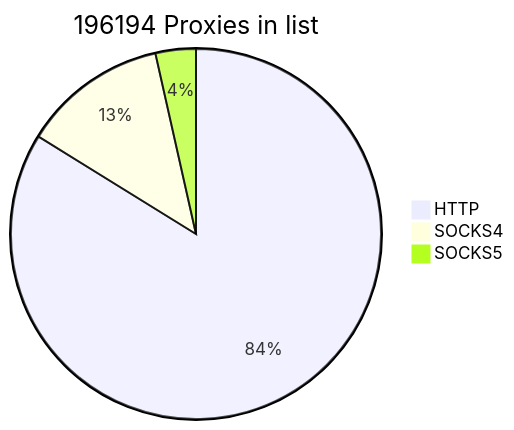
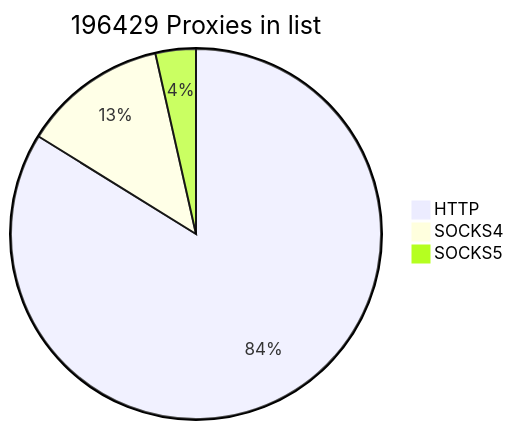
One commit to cutipu/proxylist changed the first of 2 diagrams in README.md. Above: the diagram before and after it, drawn with Mermaid. The commit also changed other lines of this file, not shown here.

````diff
--- a/README.md
+++ b/README.md
@@ -2,7 +2,7 @@
 ```mermaid
-pie title 196194 Proxies in list
-    "HTTP" : 164451
-    "SOCKS4" : 24838
-    "SOCKS5" : 6905
+pie title 196429 Proxies in list
+    "HTTP" : 164673
+    "SOCKS4" : 24833
+    "SOCKS5" : 6923
             
 ```
````
